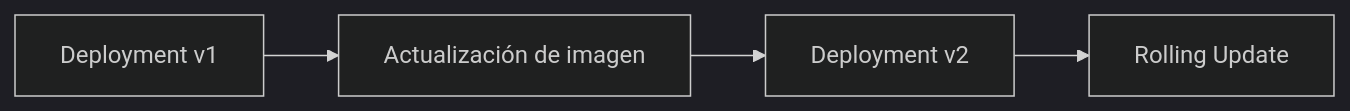
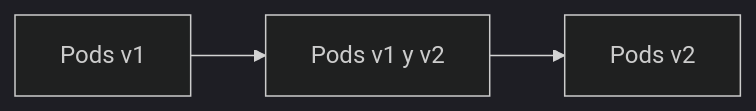
One commit to ieftraining/curso-openshift changed the sixth of 9 diagrams in docs/sesion2/2.1 Cargas de trabajo.md. Above: the diagram before and after it, drawn with Mermaid (dark theme). The commit also changed other lines of this file, not shown here.

````diff
--- a/docs/sesion2/2.1 Cargas de trabajo.md
+++ b/docs/sesion2/2.1 Cargas de trabajo.md
@@ -164,7 +364,6 @@
 ```mermaid
 flowchart LR
-    V1[Deployment v1]
-    --> U[Actualización de imagen]
-    --> V2[Deployment v2]
-    --> R[Rolling Update]
+    A[Pods v1]
+    --> B[Pods v1 y v2]
+    --> C[Pods v2]
 ```
````
